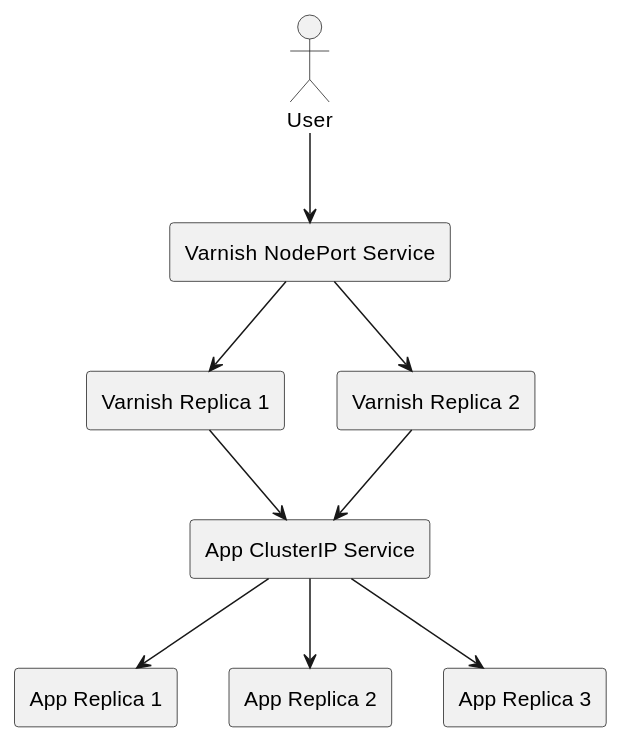
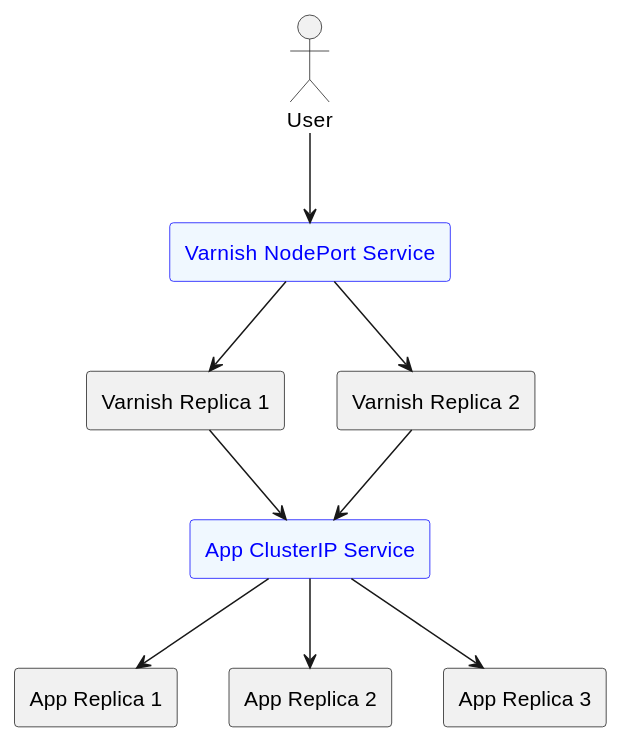
The diagram in docs/courses/scalable/lab3/index.md (qlurkin/qlurkin.github.io), drawn with PlantUML before and after one commit. The commit also changed 1 other file, not shown here.

Commit message:
Add color to diagram

````diff
--- a/docs/courses/scalable/lab3/index.md
+++ b/docs/courses/scalable/lab3/index.md
@@ -300,21 +300,21 @@
    ```plantuml {.build}
    @startuml
    actor user as "User"
-   rectangle varnish_service as "Varnish NodePort Service"
+   rectangle varnish_service as "Varnish NodePort Service" #aliceblue;line:blue;text:blue
    rectangle varnish_rep1 as "Varnish Replica 1"
    rectangle varnish_rep2 as "Varnish Replica 2"
-   rectangle app_service as "App ClusterIP Service"
+   rectangle app_service as "App ClusterIP Service" #aliceblue;line:blue;text:blue
    rectangle app_rep1 as "App Replica 1"
    rectangle app_rep2 as "App Replica 2"
    rectangle app_rep3 as "App Replica 3"
 
    user --> varnish_service
    varnish_service --> varnish_rep1
    varnish_service --> varnish_rep2
    varnish_rep1 --> app_service
    varnish_rep2 --> app_service
    app_service --> app_rep1
    app_service --> app_rep2
    app_service --> app_rep3
    @enduml
    ```
````
